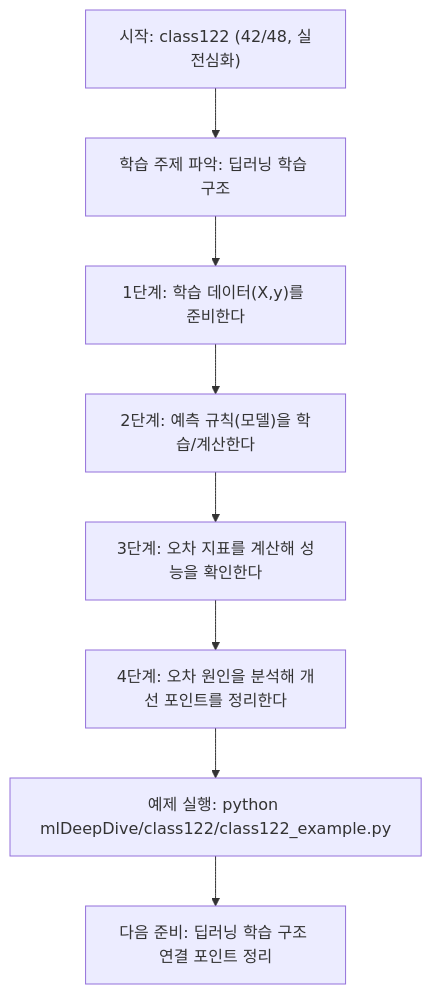
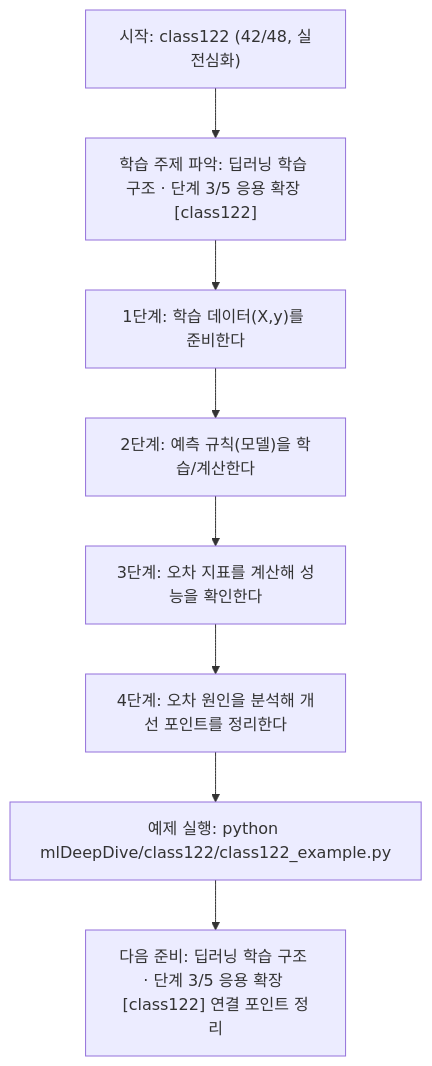
One commit to edumgt/Python-AI_Agent-Class changed the diagram in mlDeepDive/class122/class122.md. Above: the diagram before and after it, drawn with Mermaid. The commit also changed other lines of this file and 522 other files, not shown here.

````diff
--- a/mlDeepDive/class122/class122.md
+++ b/mlDeepDive/class122/class122.md
@@ -109,18 +110,18 @@
 ```mermaid
 flowchart TD
 N1["시작: class122 (42/48, 실전심화)"]
-N2["학습 주제 파악: 딥러닝 학습 구조"]
+N2["학습 주제 파악: 딥러닝 학습 구조 · 단계 3/5 응용 확장 [class122]"]
 N3["1단계: 학습 데이터(X,y)를 준비한다"]
 N4["2단계: 예측 규칙(모델)을 학습/계산한다"]
 N5["3단계: 오차 지표를 계산해 성능을 확인한다"]
 N6["4단계: 오차 원인을 분석해 개선 포인트를 정리한다"]
 N7["예제 실행: python mlDeepDive/class122/class122_example.py"]
-N8["다음 준비: 딥러닝 학습 구조 연결 포인트 정리"]
+N8["다음 준비: 딥러닝 학습 구조 · 단계 3/5 응용 확장 [class122] 연결 포인트 정리"]
 N1 --> N2
 N2 --> N3
 N3 --> N4
 N4 --> N5
 N5 --> N6
 N6 --> N7
 N7 --> N8
 ```
````
